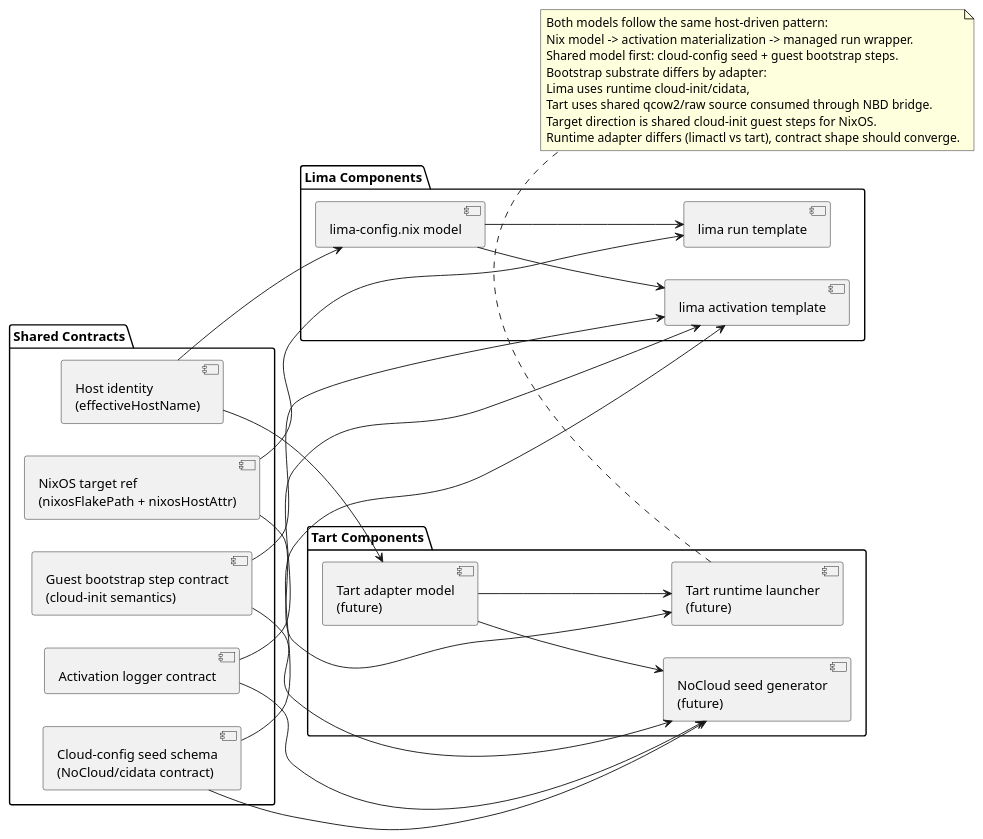
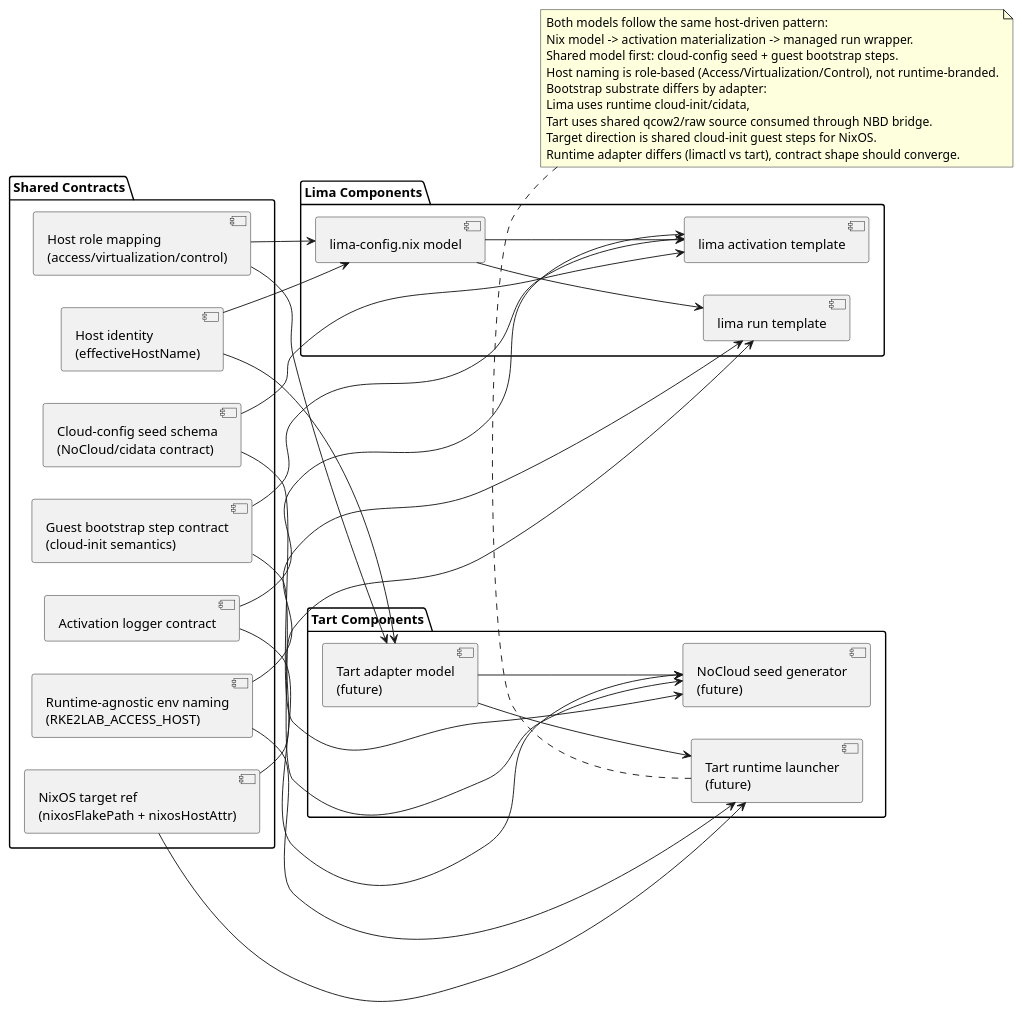
The third of 3 diagrams in docs/vm-configuration-models-c4.adoc (seedmatic/ndh), drawn with PlantUML before and after one commit. The commit also changed other lines of this file and 1 other file, not shown here.

Commit message:
docs(c4): add host-role taxonomy and access-host env naming @codebase @copilot

```diff
--- a/docs/vm-configuration-models-c4.adoc
+++ b/docs/vm-configuration-models-c4.adoc
@@ -367,56 +384,63 @@
 [plantuml]
 ----
 @startuml
 ' @codebase
 left to right direction
 
 package "Shared Contracts" {
   [Host identity\n(effectiveHostName)] as identity
+  [Host role mapping\n(access/virtualization/control)] as hostroles
   [Cloud-config seed schema\n(NoCloud/cidata contract)] as seed
   [Guest bootstrap step contract\n(cloud-init semantics)] as gueststeps
   [NixOS target ref\n(nixosFlakePath + nixosHostAttr)] as nixosref
+  [Runtime-agnostic env naming\n(RKE2LAB_ACCESS_HOST)] as envnaming
   [Activation logger contract] as actlog
 }
 
 package "Lima Components" {
   [lima-config.nix model] as lcmodel
   [lima activation template] as lcact
   [lima run template] as lcrun
 }
 
 package "Tart Components" {
   [Tart adapter model\n(future)] as tcmodel
   [NoCloud seed generator\n(future)] as tcact
   [Tart runtime launcher\n(future)] as tcrun
 }
 
 identity --> lcmodel
 identity --> tcmodel
+hostroles --> lcmodel
+hostroles --> tcmodel
 seed --> lcact
 seed --> tcact
 gueststeps --> lcact
 gueststeps --> tcact
 nixosref --> lcrun
 nixosref --> tcrun
+envnaming --> lcrun
+envnaming --> tcrun
 actlog --> lcact
 actlog --> tcact
 
 lcmodel --> lcact
 lcmodel --> lcrun
 
 tcmodel --> tcact
 
 tcmodel --> tcrun
 
 note bottom
   Both models follow the same host-driven pattern:
   Nix model -> activation materialization -> managed run wrapper.
   Shared model first: cloud-config seed + guest bootstrap steps.
+  Host naming is role-based (Access/Virtualization/Control), not runtime-branded.
   Bootstrap substrate differs by adapter:
   Lima uses runtime cloud-init/cidata,
   Tart uses shared qcow2/raw source consumed through NBD bridge.
   Target direction is shared cloud-init guest steps for NixOS.
   Runtime adapter differs (limactl vs tart), contract shape should converge.
 end note
 @enduml
 ----
```
